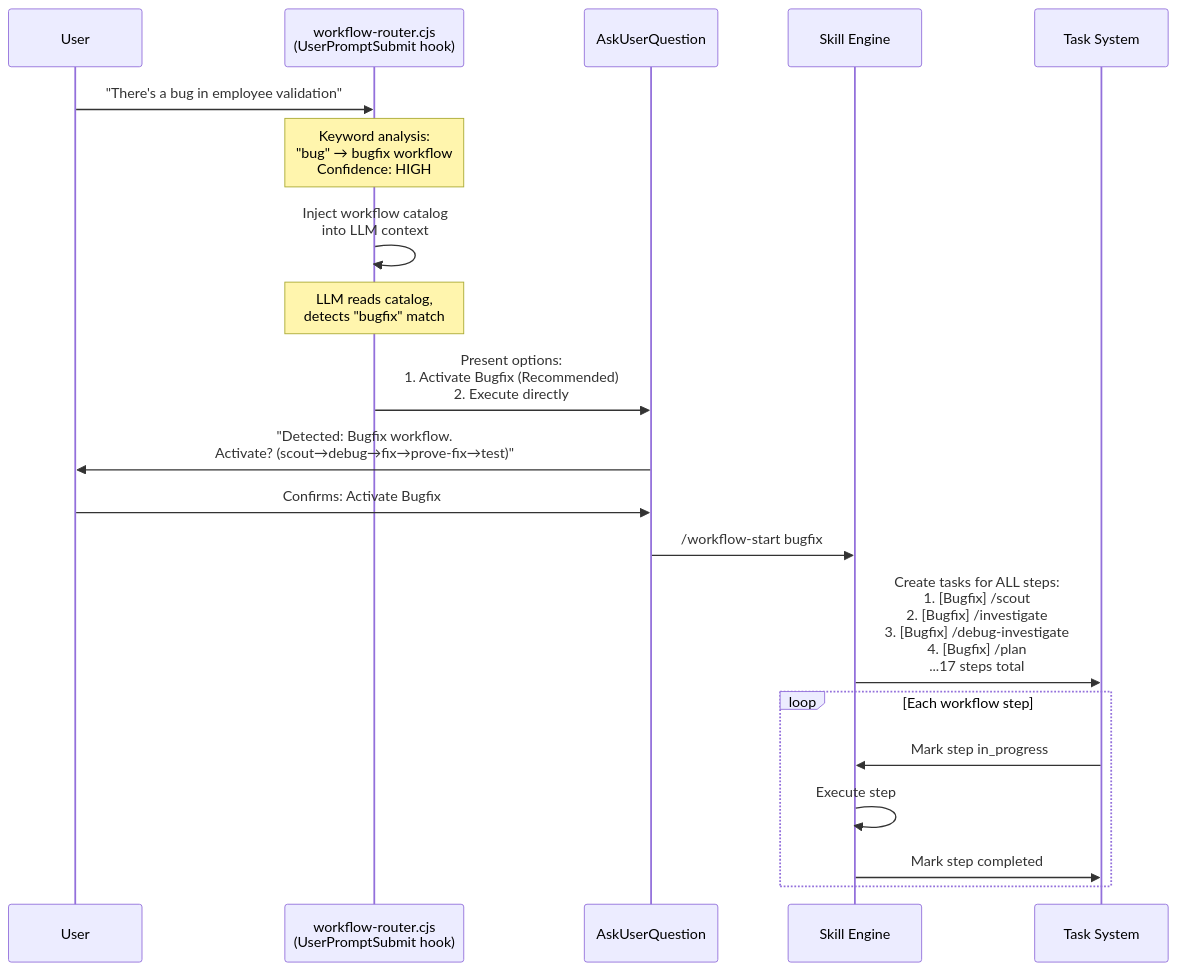
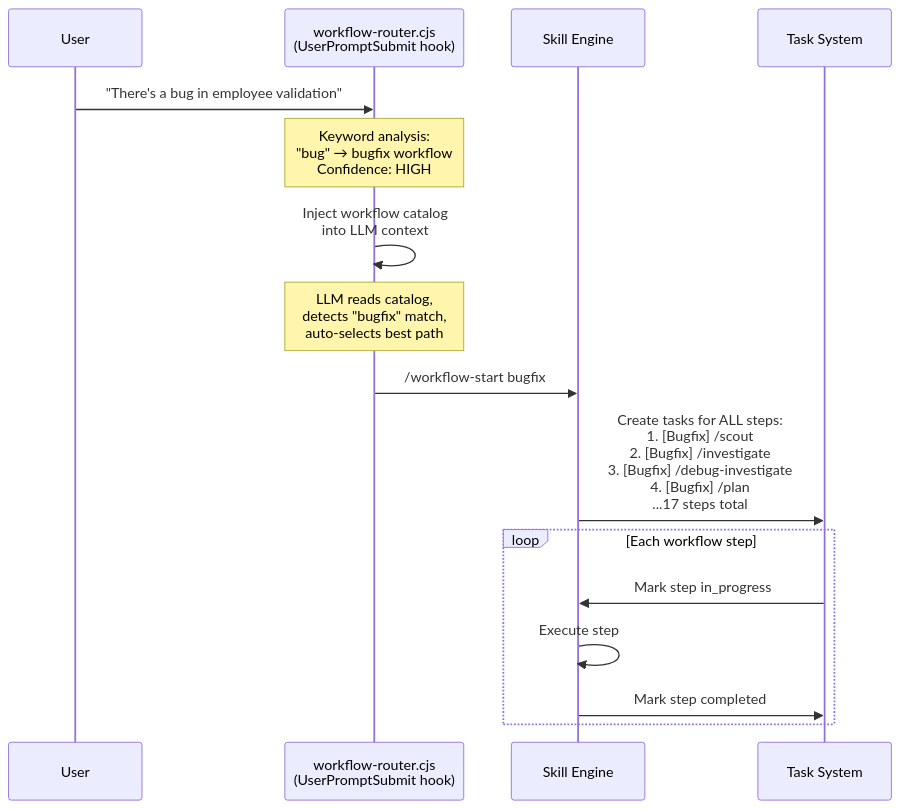
One commit to duc01226/easy-claude changed the seventh of 20 diagrams in .claude/docs/claude-ai-agent-framework-guide.md. Above: the diagram before and after it, drawn with Mermaid. The commit also changed other lines of this file and 761 other files, not shown here.

````diff
--- a/.claude/docs/claude-ai-agent-framework-guide.md
+++ b/.claude/docs/claude-ai-agent-framework-guide.md
@@ -856,32 +858,25 @@
 ```mermaid
 sequenceDiagram
     participant User
     participant Router as workflow-router.cjs<br/>(UserPromptSubmit hook)
-    participant Ask as AskUserQuestion
     participant Skill as Skill Engine
     participant Todo as Task System
 
     User->>Router: "There's a bug in employee validation"
 
     Note over Router: Keyword analysis:<br/>"bug" → bugfix workflow<br/>Confidence: HIGH
 
     Router->>Router: Inject workflow catalog<br/>into LLM context
 
-    Note over Router: LLM reads catalog,<br/>detects "bugfix" match
+    Note over Router: LLM reads catalog,<br/>detects "bugfix" match,<br/>auto-selects best path
 
-    Router->>Ask: Present options:<br/>1. Activate Bugfix (Recommended)<br/>2. Execute directly
-
-    Ask->>User: "Detected: Bugfix workflow.<br/>Activate? (scout→debug→fix→prove-fix→test)"
-
-    User->>Ask: Confirms: Activate Bugfix
-
-    Ask->>Skill: /workflow-start bugfix
+    Router->>Skill: /workflow-start bugfix
 
     Skill->>Todo: Create tasks for ALL steps:<br/>1. [Bugfix] /scout<br/>2. [Bugfix] /investigate<br/>3. [Bugfix] /debug-investigate<br/>4. [Bugfix] /plan<br/>...17 steps total
 
     loop Each workflow step
         Todo->>Skill: Mark step in_progress
         Skill->>Skill: Execute step
         Skill->>Todo: Mark step completed
     end
 ```
````
